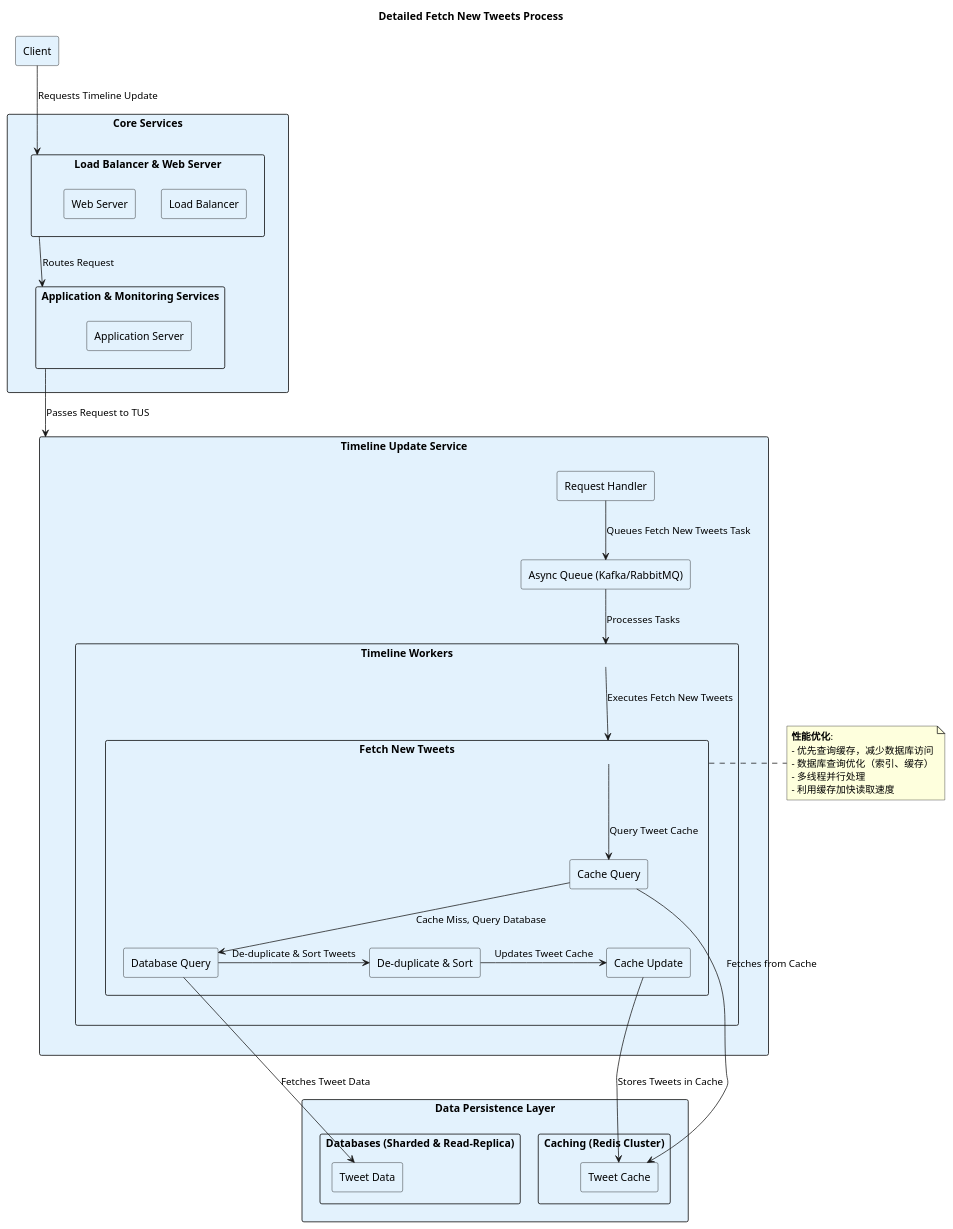
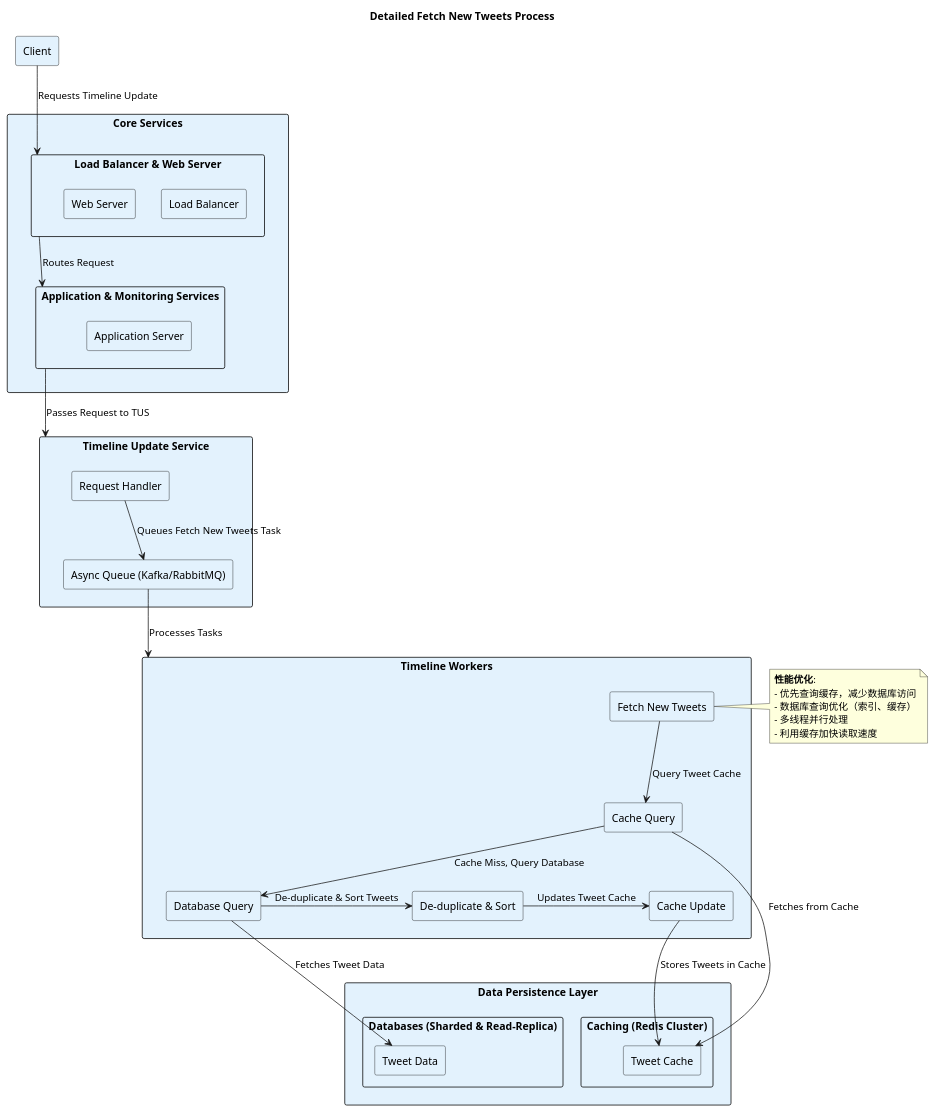
One commit to huangyingw/system_design changed the diagram in twitter/fetch_new_tweets_detailed_architecture.puml. Above: the diagram before and after it, drawn with PlantUML.

```diff
--- a/twitter/fetch_new_tweets_detailed_architecture.puml
+++ b/twitter/fetch_new_tweets_detailed_architecture.puml
@@ -1,68 +1,67 @@
 @startuml
 
 title Detailed Fetch New Tweets Process
 
 skinparam rectangle {
     BackgroundColor #E3F2FD
     BorderColor black
     FontName "Arial"
     FontSize 14
 }
 
 rectangle "Client" as Client
 
 rectangle "Core Services" as Core {
     rectangle "Load Balancer & Web Server" as LBWS {
         rectangle "Load Balancer" as LB
         rectangle "Web Server" as WS
     }
     rectangle "Application & Monitoring Services" as AMS {
         rectangle "Application Server" as AS
     }
 }
 
 rectangle "Timeline Update Service" as TUS {
     rectangle "Request Handler" as RH
     rectangle "Async Queue (Kafka/RabbitMQ)" as AQ
-    rectangle "Timeline Workers" as TW {
-        rectangle "Fetch New Tweets" as FNT {
-            rectangle "Cache Query" as CQ
-            rectangle "Database Query" as DBQ
-            rectangle "De-duplicate & Sort" as DDS
-            rectangle "Cache Update" as CU
-        }
-    }
+}
+
+rectangle "Timeline Workers" as TW {
+    rectangle "Fetch New Tweets" as FNT
+    rectangle "Cache Query" as CQ
+    rectangle "Database Query" as DBQ
+    rectangle "De-duplicate & Sort" as DDS
+    rectangle "Cache Update" as CU
 }
 
 rectangle "Data Persistence Layer" as DPS {
     rectangle "Caching (Redis Cluster)" as Cache {
         rectangle "Tweet Cache" as TC
     }
     rectangle "Databases (Sharded & Read-Replica)" as DB {
         rectangle "Tweet Data" as TD
     }
 }
 
 Client -down-> LBWS : Requests Timeline Update
 LBWS -down-> AMS : Routes Request
 AMS -down-> TUS : Passes Request to TUS
 RH -down-> AQ : Queues Fetch New Tweets Task
 AQ -down-> TW : Processes Tasks
-TW -down-> FNT : Executes Fetch New Tweets
 FNT -down-> CQ : Query Tweet Cache
 CQ -right-> TC : Fetches from Cache
 CQ -down-> DBQ : Cache Miss, Query Database
 DBQ -down-> TD : Fetches Tweet Data
 DBQ -right-> DDS : De-duplicate & Sort Tweets
 DDS -right-> CU : Updates Tweet Cache
 CU -right-> TC : Stores Tweets in Cache
 
 note right of FNT
   **性能优化**:
   - 优先查询缓存，减少数据库访问
   - 数据库查询优化（索引、缓存）
   - 多线程并行处理
   - 利用缓存加快读取速度
 end note
 
 @enduml
```
